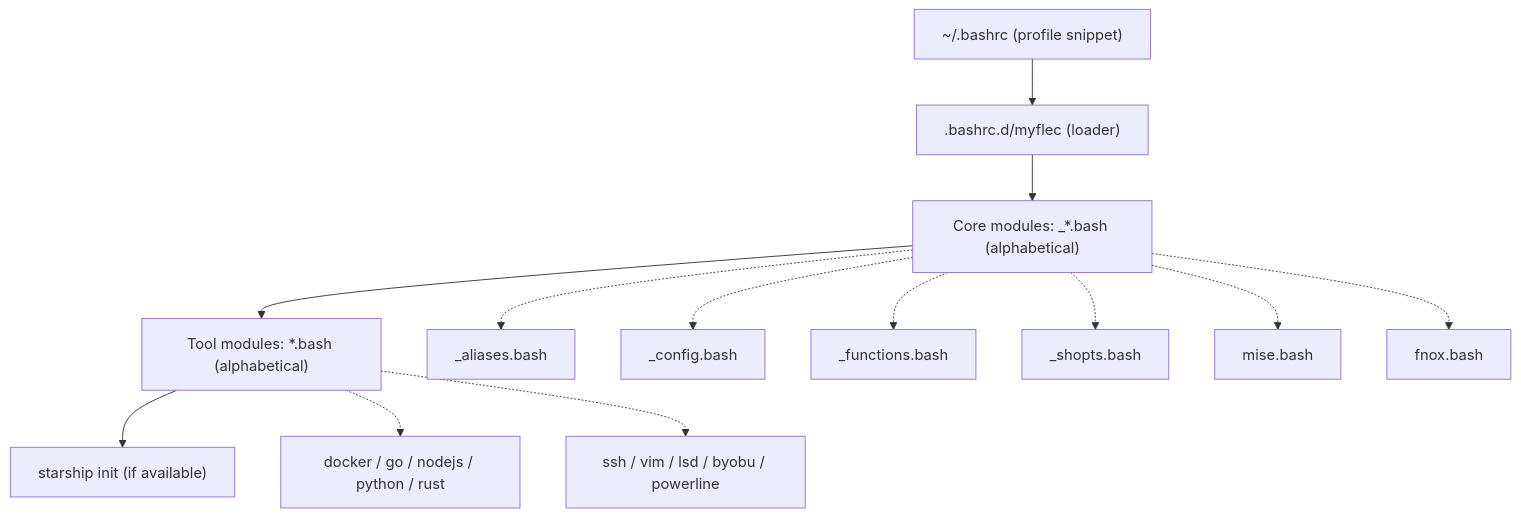
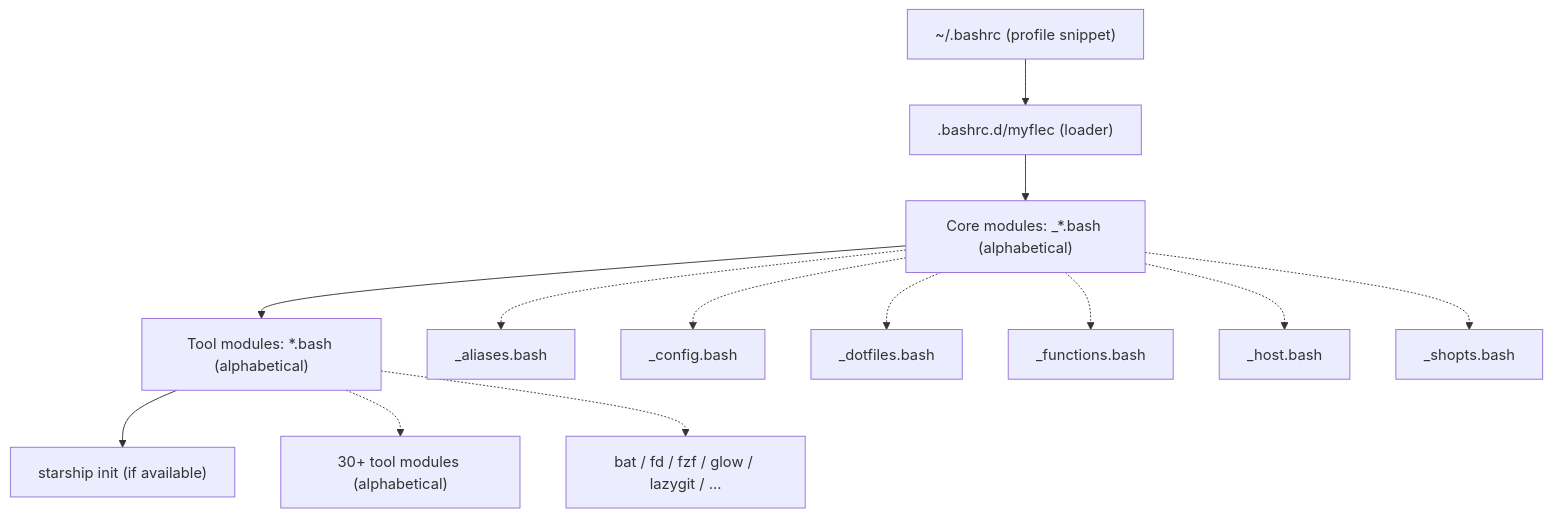
Before and after one commit to log0u7/myflec: the diagram in README.md, drawn with Mermaid. The commit also changed other lines of this file and 21 other files, not shown here.

First line of the commit message:
feat: add modern CLI tooling, dotfiles bare repo, per-host config, and doc restructure

````diff
--- a/README.md
+++ b/README.md
@@ -105,17 +418,17 @@
 ```mermaid
 flowchart TD
     P["~/.bashrc (profile snippet)"] --> L[".bashrc.d/myflec (loader)"]
     L --> C["Core modules: _*.bash (alphabetical)"]
     C --> T["Tool modules: *.bash (alphabetical)"]
     T --> S["starship init (if available)"]
 
     C -.-> C1["_aliases.bash"]
     C -.-> C2["_config.bash"]
-    C -.-> C3["_functions.bash"]
-    C -.-> C4["_shopts.bash"]
-    C -.-> C5["mise.bash"]
-    C -.-> C6["fnox.bash"]
+    C -.-> C3["_dotfiles.bash"]
+    C -.-> C4["_functions.bash"]
+    C -.-> C5["_host.bash"]
+    C -.-> C6["_shopts.bash"]
 
-    T -.-> T1["docker / go / nodejs / python / rust"]
-    T -.-> T2["ssh / vim / lsd / byobu / powerline"]
+    T -.-> T1["30+ tool modules (alphabetical)"]
+    T -.-> T2["bat / fd / fzf / glow / lazygit / ..."]
 ```
````
